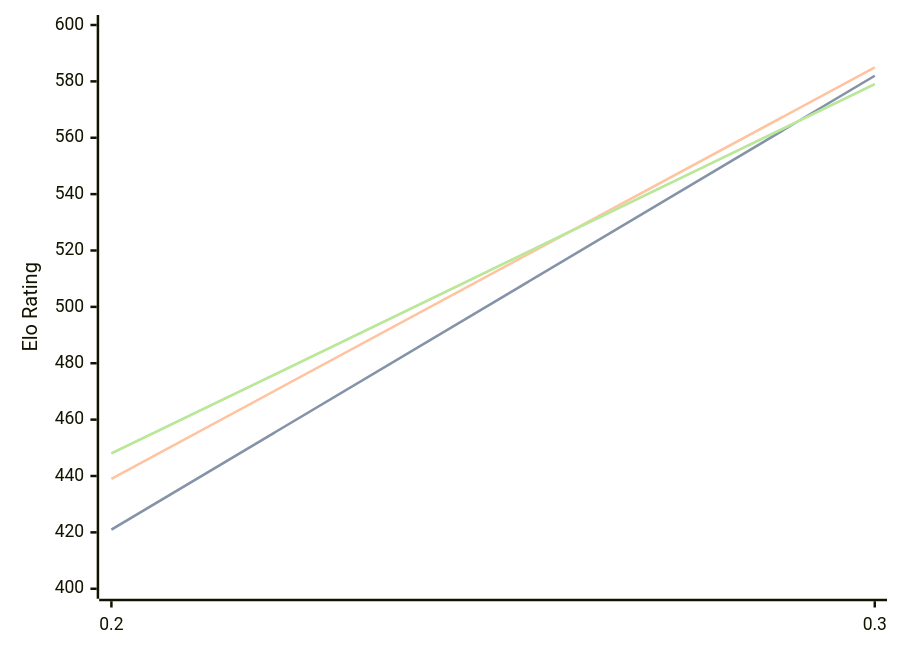
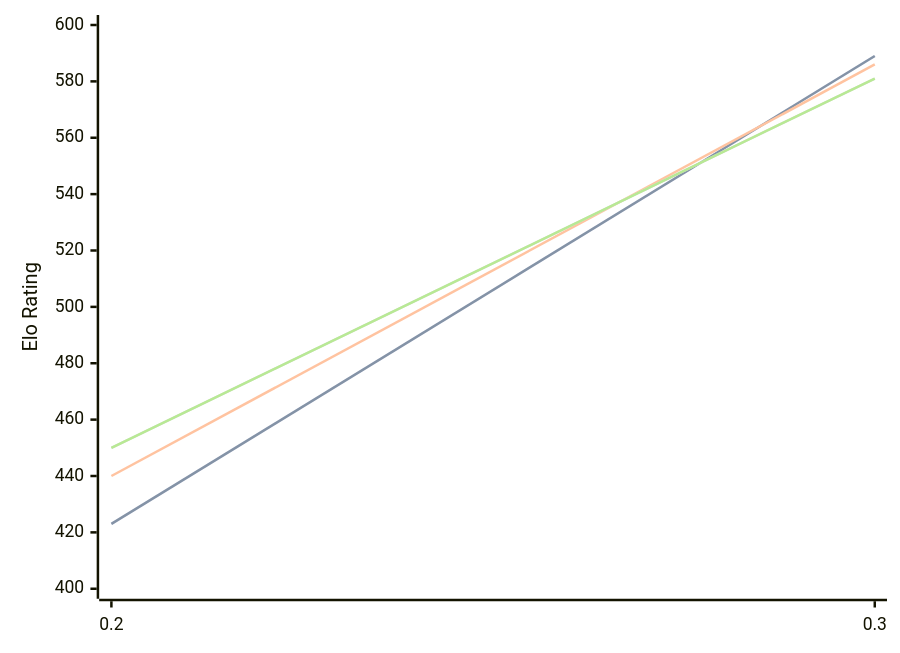
Before and after one commit to computer-chess-index/cci: the diagram in engines/Magpie.md, drawn with Mermaid. The commit also changed other lines of this file, not shown here.

Commit message:
Update CCI Ratings (ELO VLTC) - 2026-10-09

````diff
--- a/engines/Magpie.md
+++ b/engines/Magpie.md
@@ -32,11 +32,11 @@
 ```mermaid
 %%{init: {"theme":"base","themeVariables":{"seriesColors:['#a3a3a3','#222221','#faa371']}}}%%
 xychart-beta
   x-axis ["0.2", "0.3"]
   y-axis "Elo Rating" 400 --> 600
-  line "" [421, 582]
-  line "STC (8.0+0.08s)" [421, 582]
-  line "LTC (60.0+0.60s)" [439, 585]
-  line "" [448, 579]
-  line "VLTC (2m24s+1.12s)" [448, 579]
+  line "" [423, 589]
+  line "STC (8.0+0.08s)" [423, 589]
+  line "LTC (60.0+0.60s)" [440, 586]
+  line "" [450, 581]
+  line "VLTC (2m24s+1.12s)" [450, 581]
 ```
````
